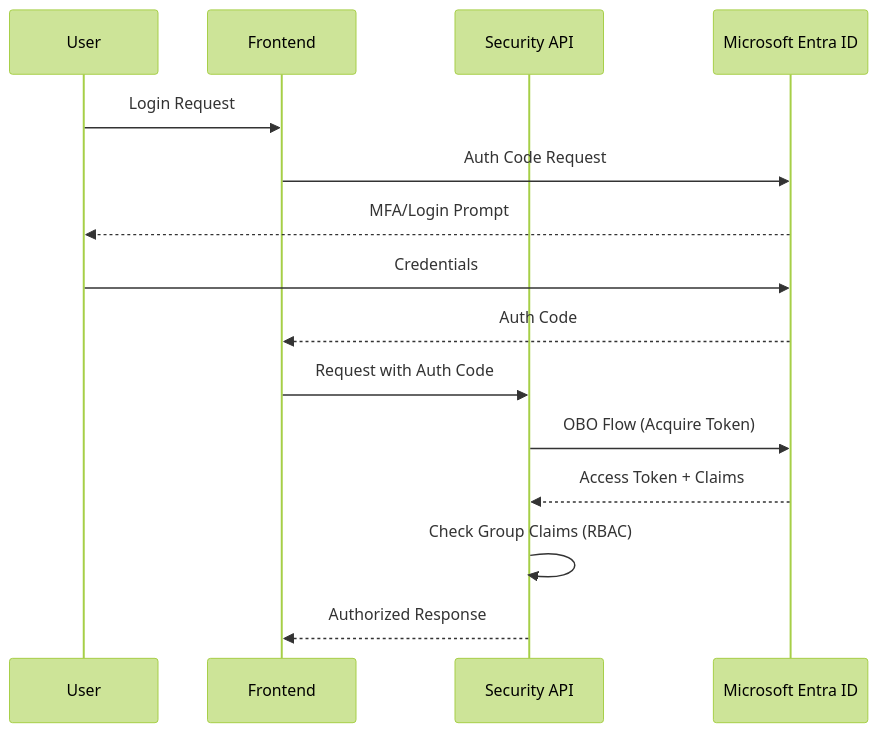
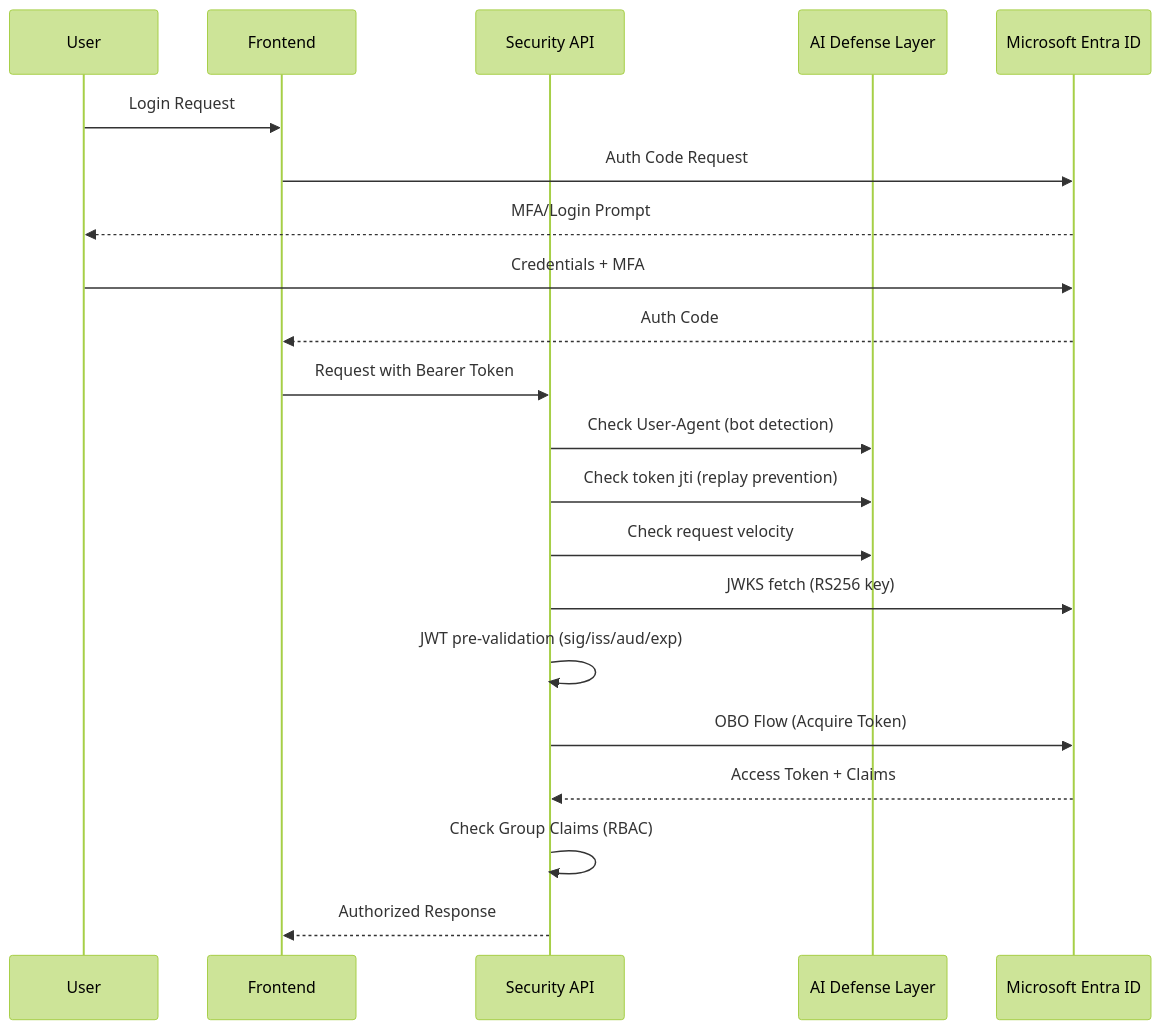
One commit to kroeungcyber/m365-portfolio changed the diagram in 03-security-lab/README.md. Above: the diagram before and after it, drawn with Mermaid (forest theme). The commit also changed other lines of this file and 13 other files, not shown here.

Commit message:
feat: Zero Trust hardening, AI agent defense, M365 provisioner

````diff
--- a/03-security-lab/README.md
+++ b/03-security-lab/README.md
@@ -11,18 +65,24 @@
 ```mermaid
 sequenceDiagram
     participant User
     participant Frontend
     participant API as Security API
+    participant Defense as AI Defense Layer
     participant Entra as Microsoft Entra ID
 
     User->>Frontend: Login Request
     Frontend->>Entra: Auth Code Request
     Entra-->>User: MFA/Login Prompt
-    User->>Entra: Credentials
+    User->>Entra: Credentials + MFA
     Entra-->>Frontend: Auth Code
-    Frontend->>API: Request with Auth Code
+    Frontend->>API: Request with Bearer Token
+    API->>Defense: Check User-Agent (bot detection)
+    API->>Defense: Check token jti (replay prevention)
+    API->>Defense: Check request velocity
+    API->>Entra: JWKS fetch (RS256 key)
+    API->>API: JWT pre-validation (sig/iss/aud/exp)
     API->>Entra: OBO Flow (Acquire Token)
     Entra-->>API: Access Token + Claims
     API->>API: Check Group Claims (RBAC)
     API-->>Frontend: Authorized Response
 ```
````
